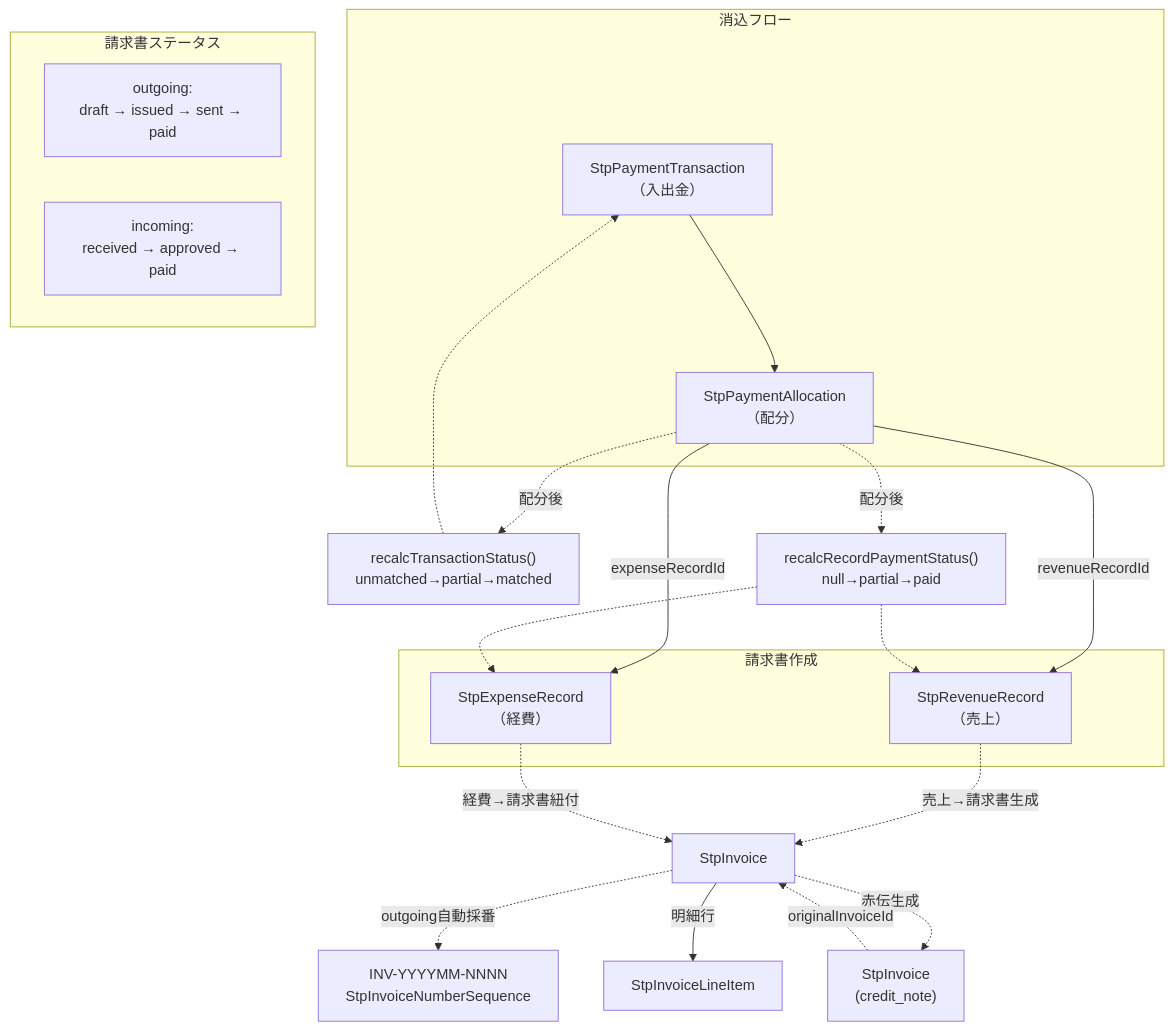
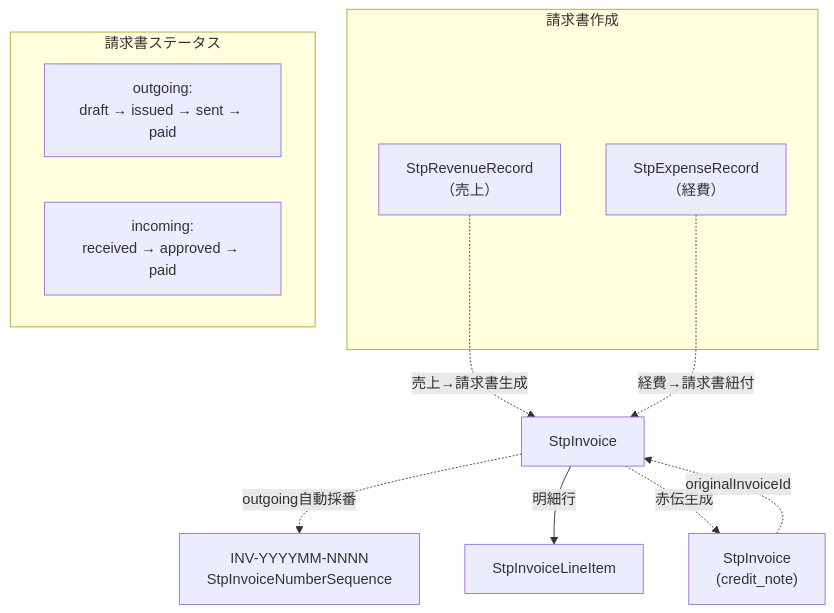
The ninth of 15 diagrams in docs/business-rules-diagram.md (kazuma-ddci/stella-crm), drawn with Mermaid before and after one commit. The commit also changed other lines of this file and 31 other files, not shown here.

````diff
--- a/docs/business-rules-diagram.md
+++ b/docs/business-rules-diagram.md
@@ -412,36 +406,20 @@
 ```mermaid
 graph TD
     subgraph "請求書作成"
         SRR["StpRevenueRecord<br/>（売上）"]
         SER["StpExpenseRecord<br/>（経費）"]
     end
 
     SRR -.->|"売上→請求書生成"| INV["StpInvoice"]
     SER -.->|"経費→請求書紐付"| INV
 
     INV -.->|"outgoing自動採番"| NUM["INV-YYYYMM-NNNN<br/>StpInvoiceNumberSequence"]
     INV -->|"明細行"| LI["StpInvoiceLineItem"]
     INV -.->|"赤伝生成"| CN["StpInvoice<br/>(credit_note)"]
     CN -.->|"originalInvoiceId"| INV
 
-    subgraph "消込フロー"
-        PT["StpPaymentTransaction<br/>（入出金）"]
-        PA["StpPaymentAllocation<br/>（配分）"]
-    end
-
-    PT --> PA
-    PA -->|"revenueRecordId"| SRR
-    PA -->|"expenseRecordId"| SER
-
-    PA -.->|"配分後"| RTS["recalcTransactionStatus()<br/>unmatched→partial→matched"]
-    PA -.->|"配分後"| RRS["recalcRecordPaymentStatus()<br/>null→partial→paid"]
-
-    RTS -.-> PT
-    RRS -.-> SRR
-    RRS -.-> SER
-
     subgraph "請求書ステータス"
         OUT["outgoing:<br/>draft → issued → sent → paid"]
         IN["incoming:<br/>received → approved → paid"]
     end
 ```
````
